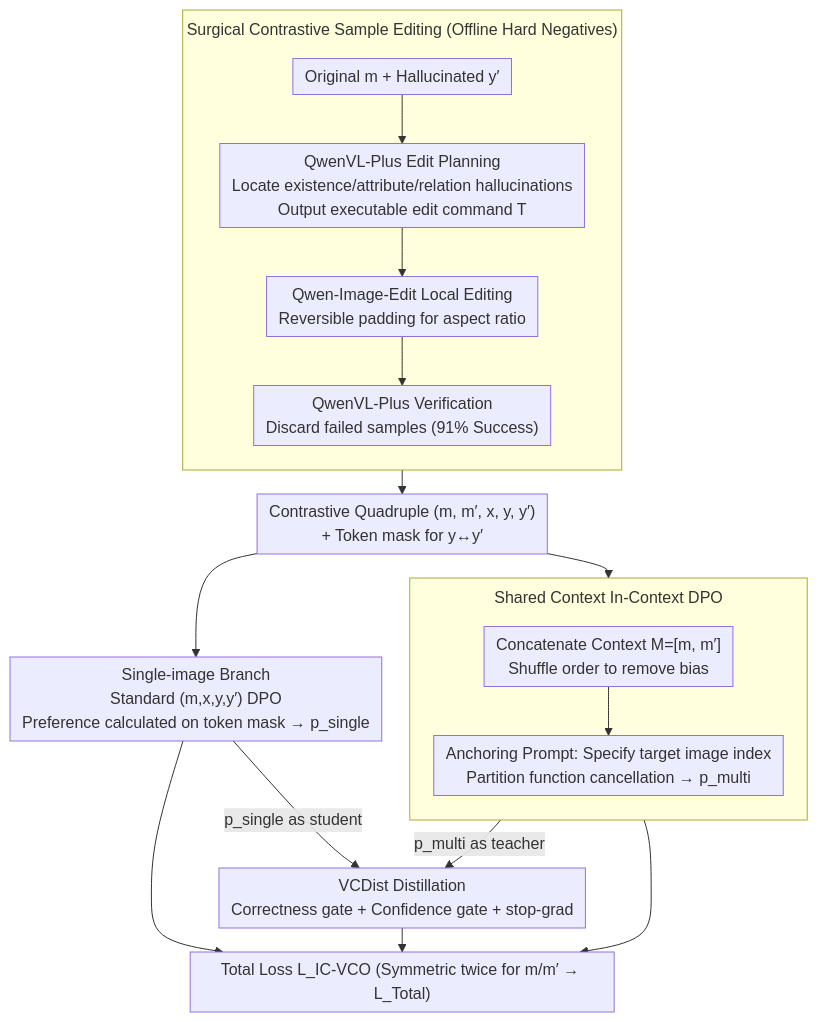
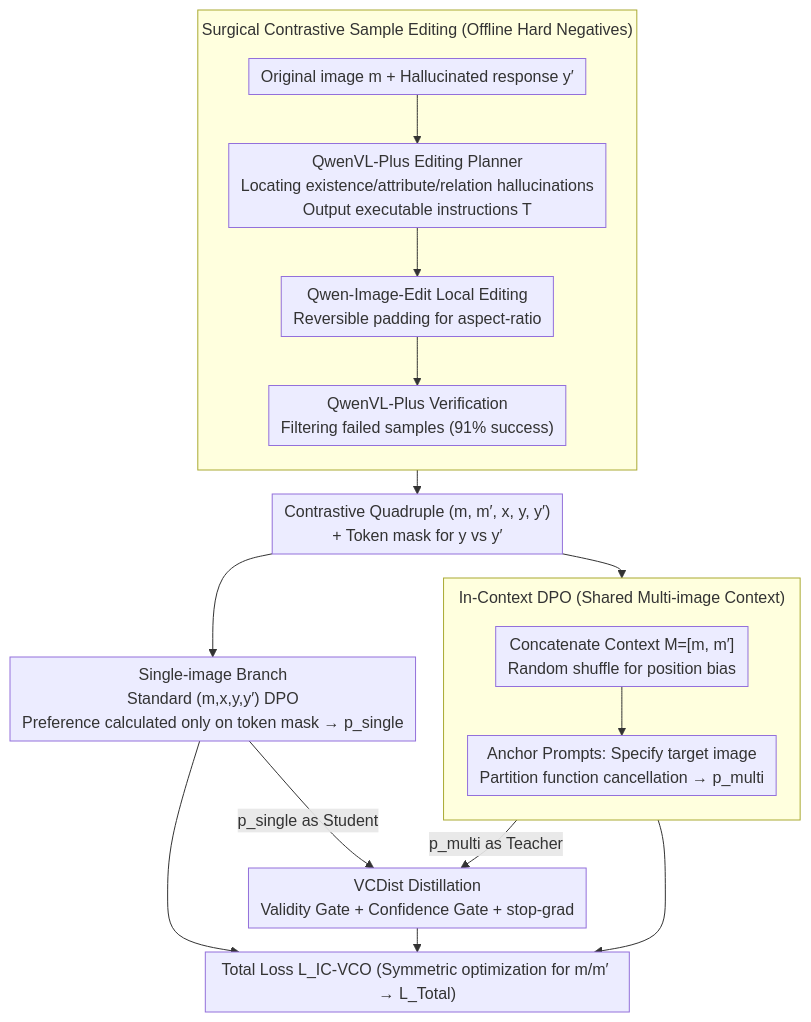
The diagram in docs/ICML2026/hallucination/learning_from_fine-grained_visual_discrepancies_mitigating_multimodal_hallucinat.md (zhaoyang97/Paper-Notes-en), drawn with Mermaid before and after one commit. The commit also changed other lines of this file and 5084 other files, not shown here.

````diff
--- a/docs/ICML2026/hallucination/learning_from_fine-grained_visual_discrepancies_mitigating_multimodal_hallucinat.md
+++ b/docs/ICML2026/hallucination/learning_from_fine-grained_visual_discrepancies_mitigating_multimodal_hallucinat.md
@@ -43,22 +43,22 @@
 ```mermaid
 %%{init: {'flowchart': {'rankSpacing': 24, 'nodeSpacing': 28, 'padding': 6, 'wrappingWidth': 400, 'subGraphTitleMargin': {'top': 8, 'bottom': 16}}}}%%
 flowchart TD
     subgraph EDIT["Surgical Contrastive Sample Editing (Offline Hard Negatives)"]
         direction TB
-        E0["Original m + Hallucinated y′"] --> E1["QwenVL-Plus Edit Planning<br/>Locate existence/attribute/relation hallucinations<br/>Output executable edit command T"]
-        E1 --> E2["Qwen-Image-Edit Local Editing<br/>Reversible padding for aspect ratio"]
-        E2 --> E3["QwenVL-Plus Verification<br/>Discard failed samples (91% Success)"]
+        E0["Original image m + Hallucinated response y′"] --> E1["QwenVL-Plus Editing Planner<br/>Locating existence/attribute/relation hallucinations<br/>Output executable instructions T"]
+        E1 --> E2["Qwen-Image-Edit Local Editing<br/>Reversible padding for aspect-ratio"]
+        E2 --> E3["QwenVL-Plus Verification<br/>Filtering failed samples (91% success)"]
     end
-    EDIT --> Q["Contrastive Quadruple (m, m′, x, y, y′)<br/>+ Token mask for y↔y′"]
-    subgraph MULTI["Shared Context In-Context DPO"]
+    EDIT --> Q["Contrastive Quadruple (m, m′, x, y, y′)<br/>+ Token mask for y vs y′"]
+    subgraph MULTI["In-Context DPO (Shared Multi-image Context)"]
         direction TB
-        M1["Concatenate Context M=[m, m′]<br/>Shuffle order to remove bias"] --> M2["Anchoring Prompt: Specify target image index<br/>Partition function cancellation → p_multi"]
+        M1["Concatenate Context M=[m, m′]<br/>Random shuffle for position bias"] --> M2["Anchor Prompts: Specify target image<br/>Partition function cancellation → p_multi"]
     end
     Q --> MULTI
-    Q --> SINGLE["Single-image Branch<br/>Standard (m,x,y,y′) DPO<br/>Preference calculated on token mask → p_single"]
-    MULTI -->|"p_multi as teacher"| VCD["VCDist Distillation<br/>Correctness gate + Confidence gate + stop-grad"]
-    SINGLE -->|"p_single as student"| VCD
-    MULTI --> LOSS["Total Loss L_IC-VCO (Symmetric twice for m/m′ → L_Total)"]
+    Q --> SINGLE["Single-image Branch<br/>Standard (m,x,y,y′) DPO<br/>Preference calculated only on token mask → p_single"]
+    MULTI -->|"p_multi as Teacher"| VCD["VCDist Distillation<br/>Validity Gate + Confidence Gate + stop-grad"]
+    SINGLE -->|"p_single as Student"| VCD
+    MULTI --> LOSS["Total Loss L_IC-VCO (Symmetric optimization for m/m′ → L_Total)"]
     SINGLE --> LOSS
     VCD --> LOSS
 ```
````
